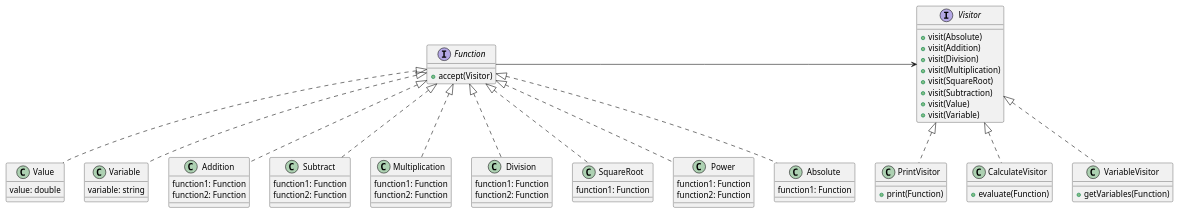
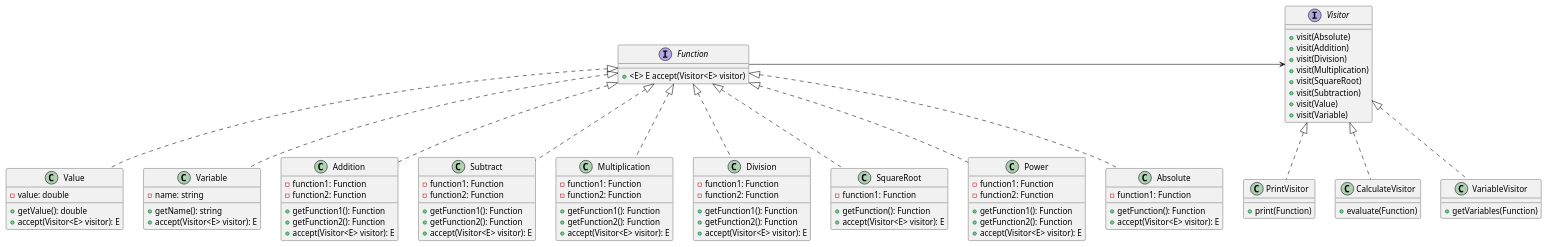
One commit to austral-ingsis-classroom/formula-GermanoFelipe changed the diagram in src/diagrams/Visitor.puml. Above: the diagram before and after it, drawn with PlantUML. The commit also changed 2 other files, not shown here.

Commit message:
uml corrected with functions

```diff
--- a/src/diagrams/Visitor.puml
+++ b/src/diagrams/Visitor.puml
@@ -1,73 +1,96 @@
 @startuml
 
 interface Function {
-    + accept(Visitor)
+    + <E> E accept(Visitor<E> visitor)
 }
 
 class Value implements Function{
-    value: double
+    - value: double
+    + getValue(): double
+    + accept(Visitor<E> visitor): E
 }
 
 class Variable implements Function{
-    variable: string
+    - name: string
+    + getName(): string
+    + accept(Visitor<E> visitor): E
 }
 
 class Addition implements Function{
-    function1: Function
-    function2: Function
+    - function1: Function
+    - function2: Function
+    + getFunction1(): Function
+    + getFunction2(): Function
+    + accept(Visitor<E> visitor): E
 }
 
 class Subtract implements Function{
-    function1: Function
-    function2: Function
+    - function1: Function
+    - function2: Function
+    + getFunction1(): Function
+    + getFunction2(): Function
+    + accept(Visitor<E> visitor): E
 }
 
 class Multiplication implements Function{
-    function1: Function
-    function2: Function
+    - function1: Function
+    - function2: Function
+    + getFunction1(): Function
+    + getFunction2(): Function
+    + accept(Visitor<E> visitor): E
 }
 
 class Division implements Function{
-    function1: Function
-    function2: Function
+    - function1: Function
+    - function2: Function
+    + getFunction1(): Function
+    + getFunction2(): Function
+    + accept(Visitor<E> visitor): E
 }
 
 class SquareRoot implements Function{
-    function1: Function
+    - function1: Function
+    + getFunction(): Function
+    + accept(Visitor<E> visitor): E
 }
 
 class Power implements Function{
-    function1: Function
-    function2: Function
+    - function1: Function
+    - function2: Function
+    + getFunction1(): Function
+    + getFunction2(): Function
+    + accept(Visitor<E> visitor): E
 }
 
 class Absolute implements Function{
-    function1: Function
+    - function1: Function
+    + getFunction(): Function
+    + accept(Visitor<E> visitor): E
 }
 
 interface Visitor{
     + visit(Absolute)
     + visit(Addition)
     + visit(Division)
     + visit(Multiplication)
     + visit(SquareRoot)
     + visit(Subtraction)
     + visit(Value)
     + visit(Variable)
 }
 
 Function -> Visitor
 
 class PrintVisitor implements Visitor{
     + print(Function)
 }
 
 class CalculateVisitor implements Visitor{
     + evaluate(Function)
 }
 
 class VariableVisitor implements Visitor{
     + getVariables(Function)
 }
 
 @enduml
```
